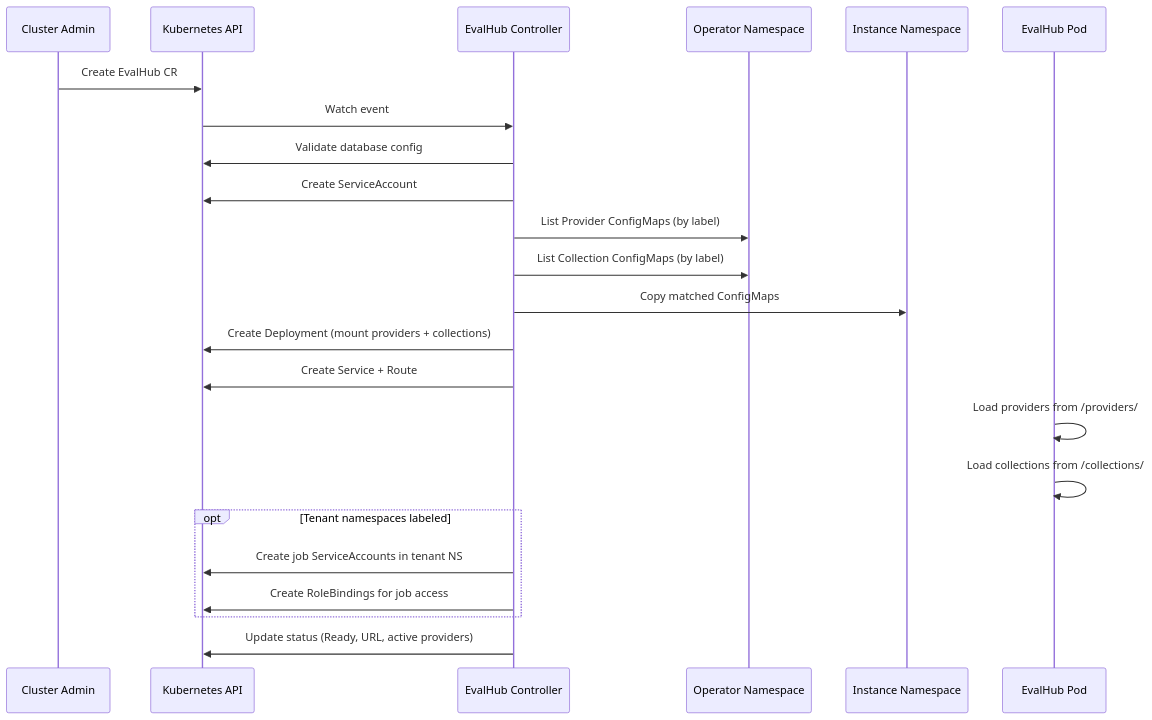
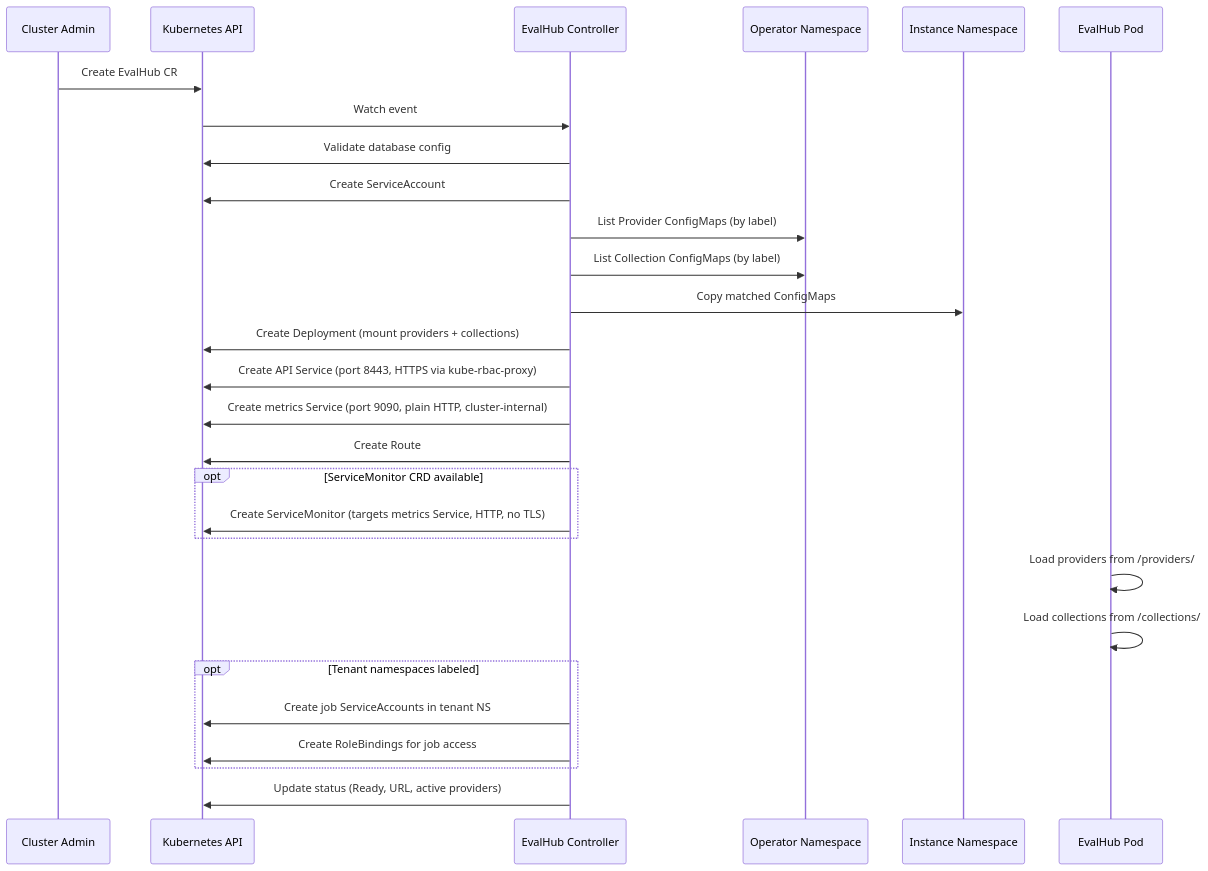
The seventh of 9 diagrams in ARCHITECTURE.md (trustyai-explainability/trustyai-service-operator), drawn with Mermaid before and after one commit. The commit also changed other lines of this file and 6 other files, not shown here.

First line of the commit message:
feat(evalhub): add dedicated metrics Service and update ServiceMonitor (#761)

````diff
--- a/ARCHITECTURE.md
+++ b/ARCHITECTURE.md
@@ -297,32 +298,38 @@
 ```mermaid
 sequenceDiagram
     participant Admin as Cluster Admin
     participant K8sAPI as Kubernetes API
     participant EH as EvalHub Controller
     participant OpNS as Operator Namespace
     participant InstanceNS as Instance Namespace
     participant EHPod as EvalHub Pod
 
     Admin->>K8sAPI: Create EvalHub CR
     K8sAPI->>EH: Watch event
 
     EH->>K8sAPI: Validate database config
     EH->>K8sAPI: Create ServiceAccount
 
     EH->>OpNS: List Provider ConfigMaps (by label)
     EH->>OpNS: List Collection ConfigMaps (by label)
     EH->>InstanceNS: Copy matched ConfigMaps
 
     EH->>K8sAPI: Create Deployment (mount providers + collections)
-    EH->>K8sAPI: Create Service + Route
+    EH->>K8sAPI: Create API Service (port 8443, HTTPS via kube-rbac-proxy)
+    EH->>K8sAPI: Create metrics Service (port 9090, plain HTTP, cluster-internal)
+    EH->>K8sAPI: Create Route
+
+    opt ServiceMonitor CRD available
+        EH->>K8sAPI: Create ServiceMonitor (targets metrics Service, HTTP, no TLS)
+    end
 
     EHPod->>EHPod: Load providers from /providers/
     EHPod->>EHPod: Load collections from /collections/
 
     opt Tenant namespaces labeled
         EH->>K8sAPI: Create job ServiceAccounts in tenant NS
         EH->>K8sAPI: Create RoleBindings for job access
     end
 
     EH->>K8sAPI: Update status (Ready, URL, active providers)
 ```
````
